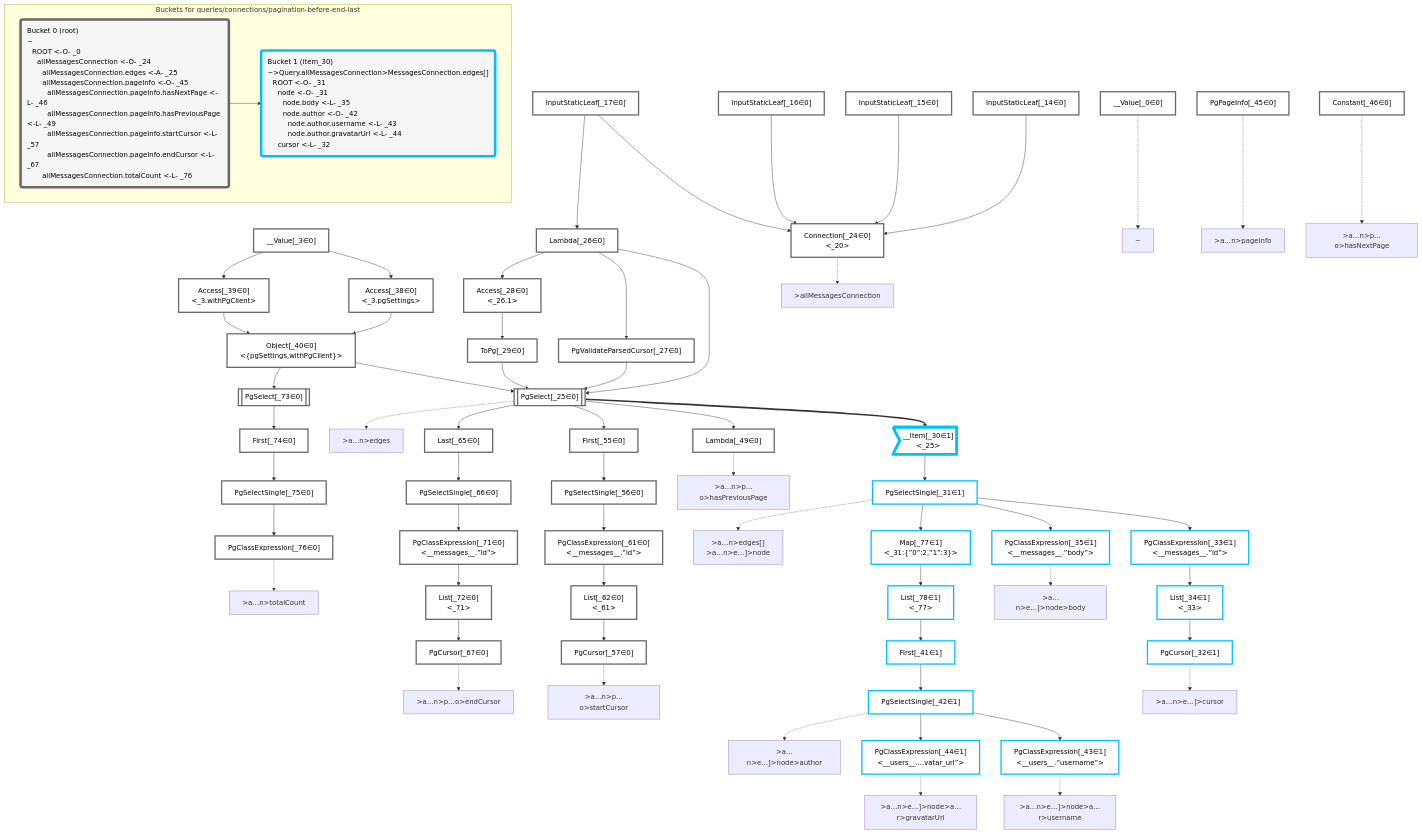
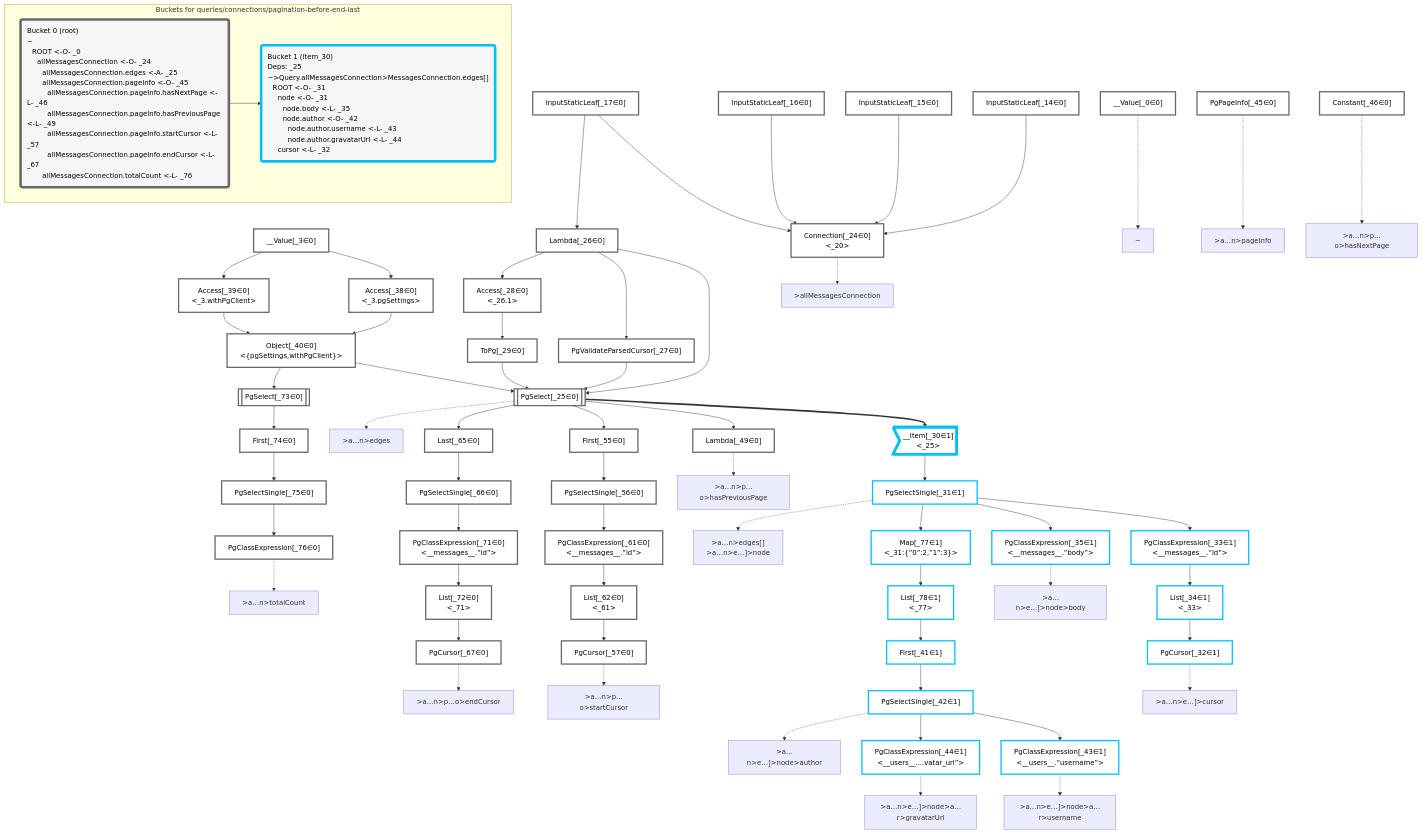
The diagram in packages/dataplan-pg/__tests__/queries/connections/pagination-before-end-last.mermaid.md (graphile/crystal), drawn with Mermaid before and after one commit. The commit also changed 157 other files, not shown here.

Commit message:
Add deps to all query snapshots

```diff
--- a/packages/dataplan-pg/__tests__/queries/connections/pagination-before-end-last.mermaid.md
+++ b/packages/dataplan-pg/__tests__/queries/connections/pagination-before-end-last.mermaid.md
@@ -139,7 +139,7 @@
     subgraph "Buckets for queries/connections/pagination-before-end-last"
     Bucket0("Bucket 0 (root)<br />~<br />⠀ROOT <-O- _0<br />⠀⠀allMessagesConnection <-O- _24<br />⠀⠀⠀allMessagesConnection.edges <-A- _25<br />⠀⠀⠀allMessagesConnection.pageInfo <-O- _45<br />⠀⠀⠀⠀allMessagesConnection.pageInfo.hasNextPage <-L- _46<br />⠀⠀⠀⠀allMessagesConnection.pageInfo.hasPreviousPage <-L- _49<br />⠀⠀⠀⠀allMessagesConnection.pageInfo.startCursor <-L- _57<br />⠀⠀⠀⠀allMessagesConnection.pageInfo.endCursor <-L- _67<br />⠀⠀⠀allMessagesConnection.totalCount <-L- _76"):::bucket
     style Bucket0 stroke:#696969
-    Bucket1("Bucket 1 (item_30)<br />~>Query.allMessagesConnection>MessagesConnection.edges[]<br />⠀ROOT <-O- _31<br />⠀⠀node <-O- _31<br />⠀⠀⠀node.body <-L- _35<br />⠀⠀⠀node.author <-O- _42<br />⠀⠀⠀⠀node.author.username <-L- _43<br />⠀⠀⠀⠀node.author.gravatarUrl <-L- _44<br />⠀⠀cursor <-L- _32"):::bucket
+    Bucket1("Bucket 1 (item_30)<br />Deps: _25<br />~>Query.allMessagesConnection>MessagesConnection.edges[]<br />⠀ROOT <-O- _31<br />⠀⠀node <-O- _31<br />⠀⠀⠀node.body <-L- _35<br />⠀⠀⠀node.author <-O- _42<br />⠀⠀⠀⠀node.author.username <-L- _43<br />⠀⠀⠀⠀node.author.gravatarUrl <-L- _44<br />⠀⠀cursor <-L- _32"):::bucket
     style Bucket1 stroke:#00bfff
     Bucket0 --> Bucket1
     end
```
